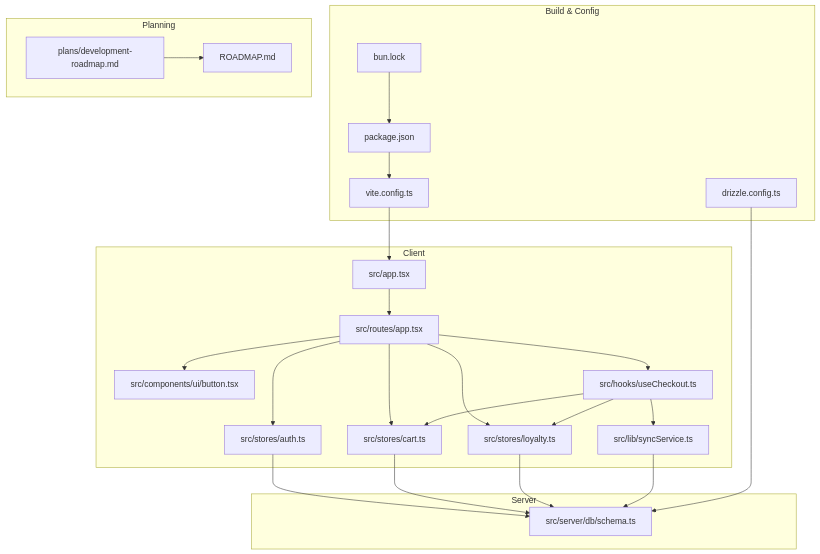
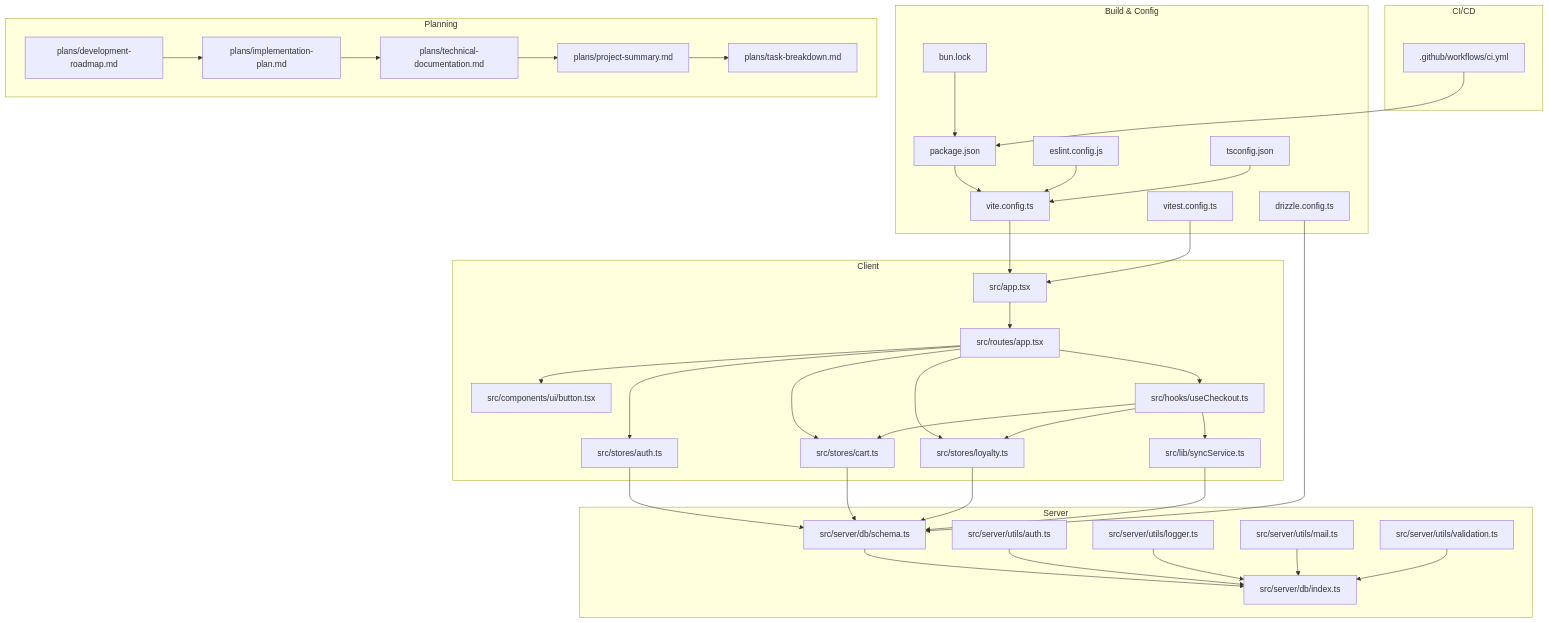
The first of 13 diagrams in .qoder/repowiki/en/content/Development Guidelines/Development Guidelines.md (riod94/ngepos), drawn with Mermaid before and after one commit. The commit also changed other lines of this file and 18 other files, not shown here.

````diff
--- a/.qoder/repowiki/en/content/Development Guidelines/Development Guidelines.md
+++ b/.qoder/repowiki/en/content/Development Guidelines/Development Guidelines.md
@@ -71,44 +86,70 @@
 ```mermaid
 graph TB
 subgraph "Client"
 A["src/app.tsx"]
 B["src/routes/app.tsx"]
 C["src/components/ui/button.tsx"]
 D["src/stores/auth.ts"]
 E["src/stores/cart.ts"]
 F["src/stores/loyalty.ts"]
 G["src/hooks/useCheckout.ts"]
 H["src/lib/syncService.ts"]
 end
 subgraph "Server"
 I["src/server/db/schema.ts"]
+J["src/server/db/index.ts"]
+K["src/server/utils/auth.ts"]
+L["src/server/utils/logger.ts"]
+M["src/server/utils/mail.ts"]
+N["src/server/utils/validation.ts"]
 end
 subgraph "Build & Config"
-J["vite.config.ts"]
-K["drizzle.config.ts"]
-L["package.json"]
-M["bun.lock"]
+O["vite.config.ts"]
+P["drizzle.config.ts"]
+Q["package.json"]
+R["bun.lock"]
+S["eslint.config.js"]
+T["vitest.config.ts"]
+U["tsconfig.json"]
+end
+subgraph "CI/CD"
+V[".github/workflows/ci.yml"]
 end
 subgraph "Planning"
-N["plans/development-roadmap.md"]
-O["ROADMAP.md"]
+W["plans/development-roadmap.md"]
+X["plans/implementation-plan.md"]
+Y["plans/technical-documentation.md"]
+Z["plans/project-summary.md"]
+AA["plans/task-breakdown.md"]
 end
 A --> B
 B --> C
 B --> D
 B --> E
 B --> F
 B --> G
 G --> H
 G --> E
 G --> F
 D --> I
 E --> I
 F --> I
 H --> I
-J --> A
-K --> I
+I --> J
+K --> J
 L --> J
-M --> L
-N --> O
+M --> J
+N --> J
+O --> A
+P --> I
+Q --> O
+R --> Q
+S --> O
+T --> A
+U --> O
+V --> Q
+W --> X
+X --> Y
+Y --> Z
+Z --> AA
 ```
````
